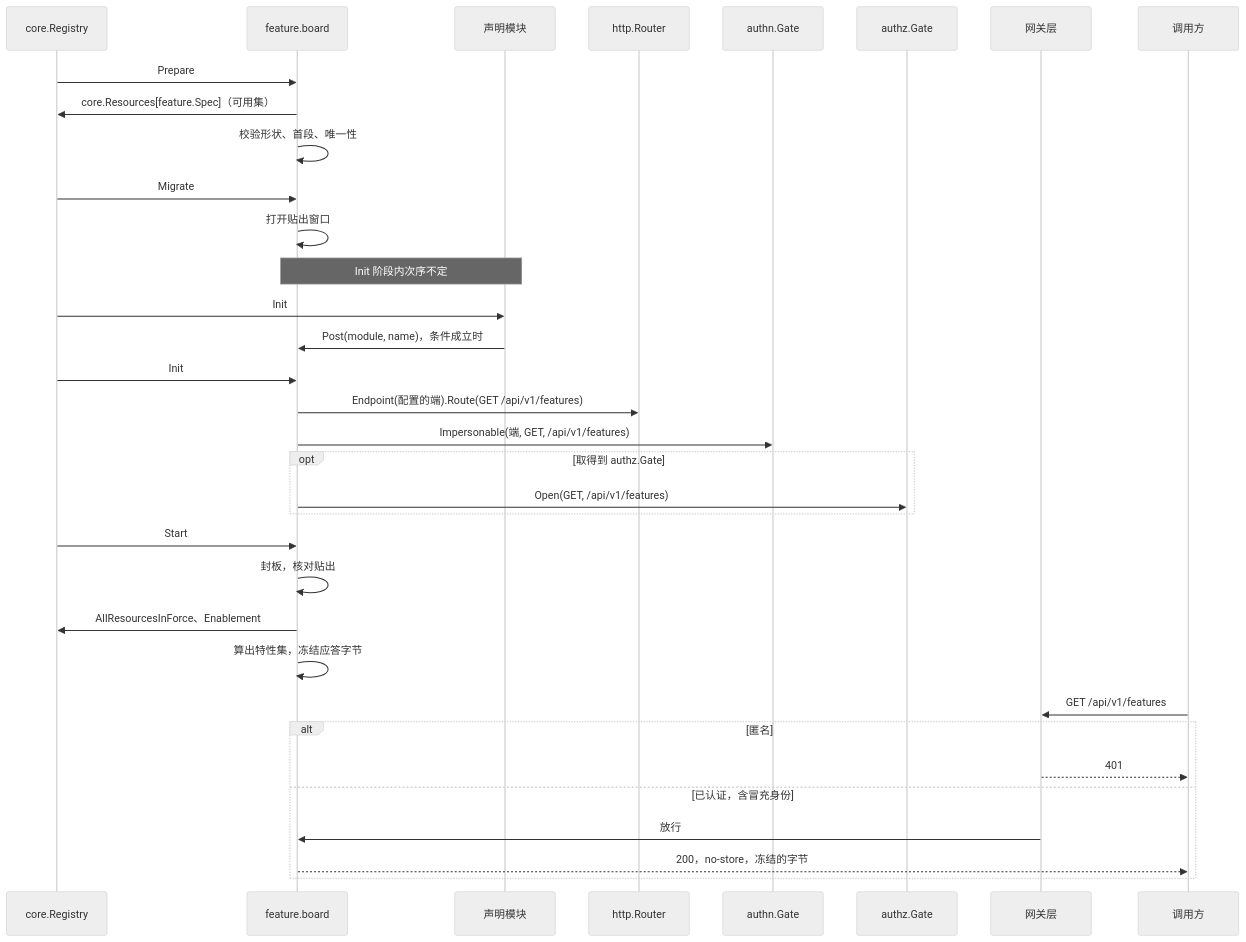
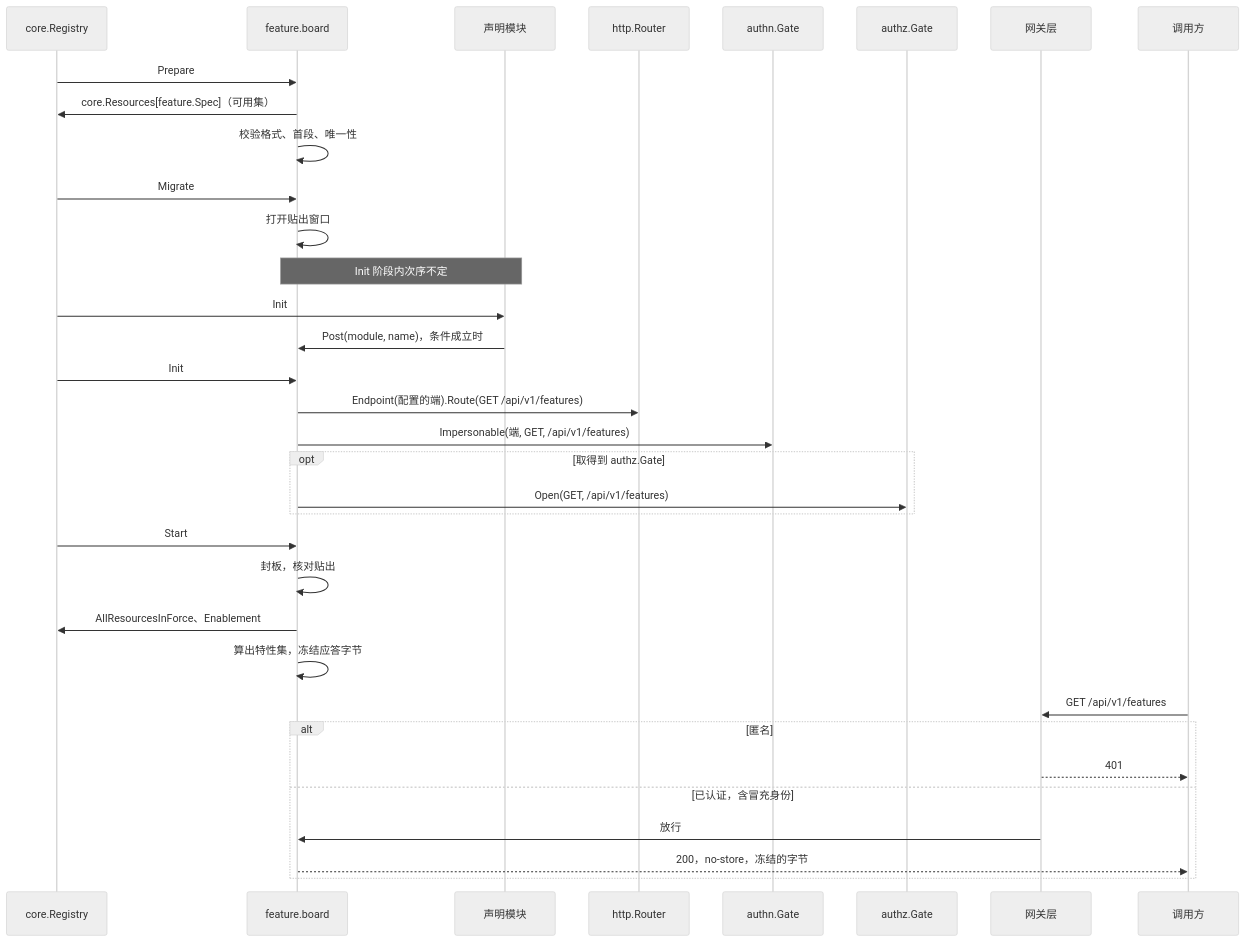
Before and after one commit to wangzw/speed: the third of 3 diagrams in docs/design/modules/design-feature.md, drawn with Mermaid (neutral theme). The commit also changed other lines of this file and 328 other files, not shown here.

````diff
--- a/docs/design/modules/design-feature.md
+++ b/docs/design/modules/design-feature.md
@@ -218,37 +218,37 @@
 ```mermaid
 sequenceDiagram
     participant Reg as core.Registry
     participant B as feature.board
     participant M as 声明模块
     participant R as http.Router
     participant G as authn.Gate
     participant Z as authz.Gate
     participant W as 网关层
     participant C as 调用方
 
     Reg->>B: Prepare
     B->>Reg: core.Resources[feature.Spec]（可用集）
-    B->>B: 校验形状、首段、唯一性
+    B->>B: 校验格式、首段、唯一性
     Reg->>B: Migrate
     B->>B: 打开贴出窗口
     Note over M,B: Init 阶段内次序不定
     Reg->>M: Init
     M->>B: Post(module, name)，条件成立时
     Reg->>B: Init
     B->>R: Endpoint(配置的端).Route(GET /api/v1/features)
     B->>G: Impersonable(端, GET, /api/v1/features)
     opt 取得到 authz.Gate
         B->>Z: Open(GET, /api/v1/features)
     end
     Reg->>B: Start
     B->>B: 封板，核对贴出
     B->>Reg: AllResourcesInForce、Enablement
     B->>B: 算出特性集，冻结应答字节
     C->>W: GET /api/v1/features
     alt 匿名
         W-->>C: 401
     else 已认证，含冒充身份
         W->>B: 放行
         B-->>C: 200，no-store，冻结的字节
     end
 ```
````
